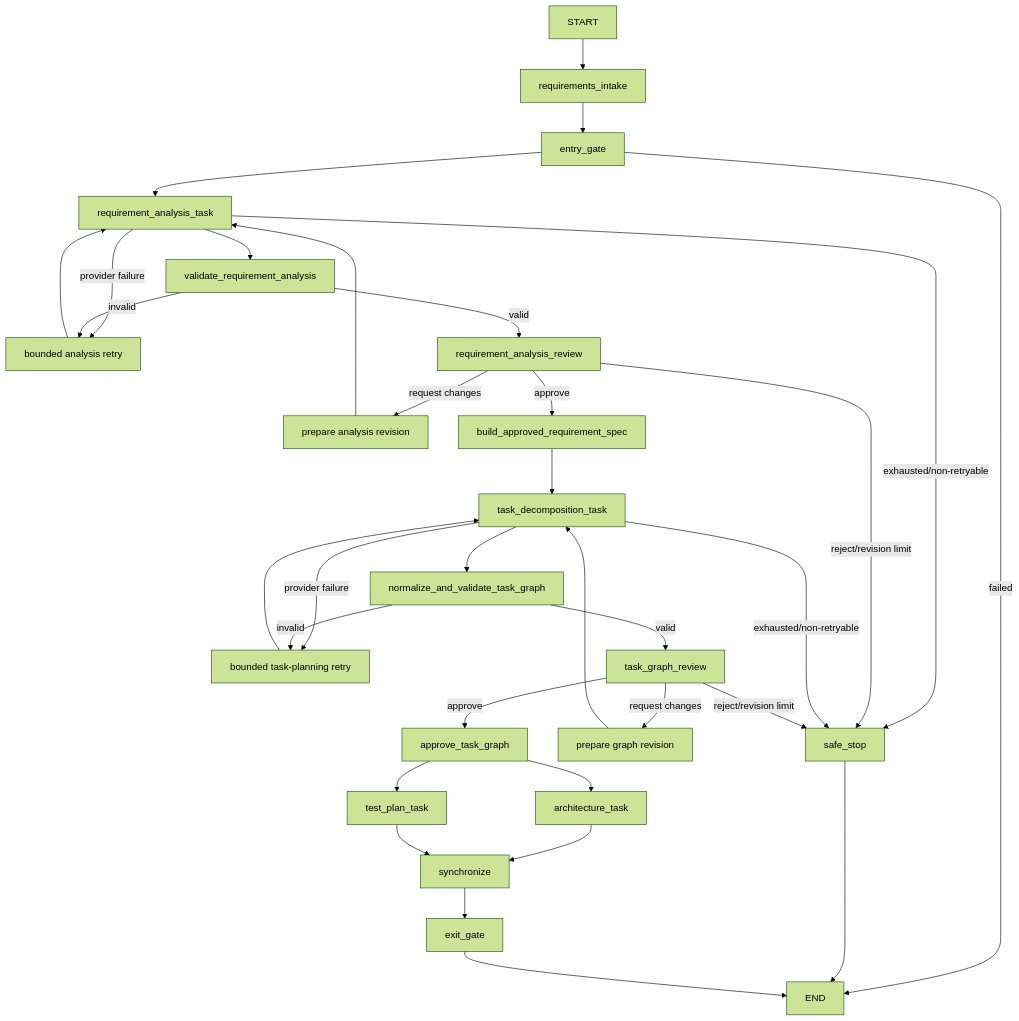
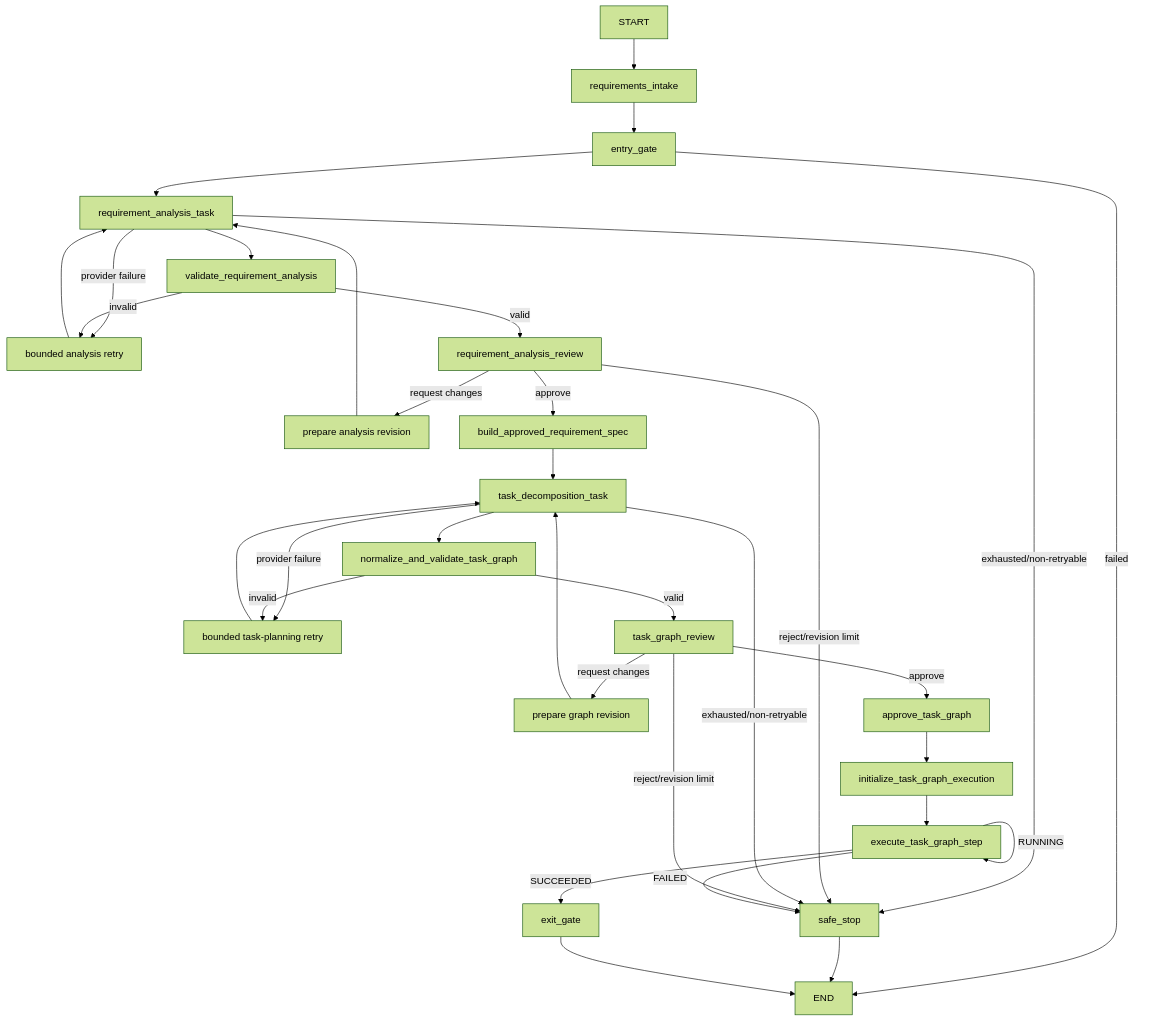
Before and after one commit to anthonbr/agentic-sdlc-orchestrator: the diagram in README.md, drawn with Mermaid (forest theme). The commit also changed other lines of this file and 19 other files, not shown here.

Commit message:
feat: add governed TaskGraph execution loop

````diff
--- a/README.md
+++ b/README.md
@@ -37,35 +39,35 @@
 ```mermaid
 flowchart TD
     START --> intake[requirements_intake]
     intake --> entry[entry_gate]
     entry -->|failed| END
     entry --> analyst[requirement_analysis_task]
     analyst --> validateAnalysis[validate_requirement_analysis]
     analyst -->|provider failure| analysisRetry[bounded analysis retry]
     validateAnalysis -->|invalid| analysisRetry
     analysisRetry --> analyst
     analyst -->|exhausted/non-retryable| safe[safe_stop]
     validateAnalysis -->|valid| requirementReview[requirement_analysis_review]
     requirementReview -->|request changes| analysisRevision[prepare analysis revision]
     analysisRevision --> analyst
     requirementReview -->|reject/revision limit| safe
     requirementReview -->|approve| spec[build_approved_requirement_spec]
     spec --> planner[task_decomposition_task]
     planner --> validateGraph[normalize_and_validate_task_graph]
     planner -->|provider failure| graphRetry[bounded task-planning retry]
     validateGraph -->|invalid| graphRetry
     graphRetry --> planner
     planner -->|exhausted/non-retryable| safe
     validateGraph -->|valid| graphReview[task_graph_review]
     graphReview -->|request changes| graphRevision[prepare graph revision]
     graphRevision --> planner
     graphReview -->|reject/revision limit| safe
     graphReview -->|approve| approved[approve_task_graph]
-    approved --> architecture[architecture_task]
-    approved --> tests[test_plan_task]
-    architecture --> sync[synchronize]
-    tests --> sync
-    sync --> exit[exit_gate]
+    approved --> initExecution[initialize_task_graph_execution]
+    initExecution --> execute[execute_task_graph_step]
+    execute -->|RUNNING| execute
+    execute -->|SUCCEEDED| exit[exit_gate]
+    execute -->|FAILED| safe
     safe --> END
     exit --> END
 ```
````
